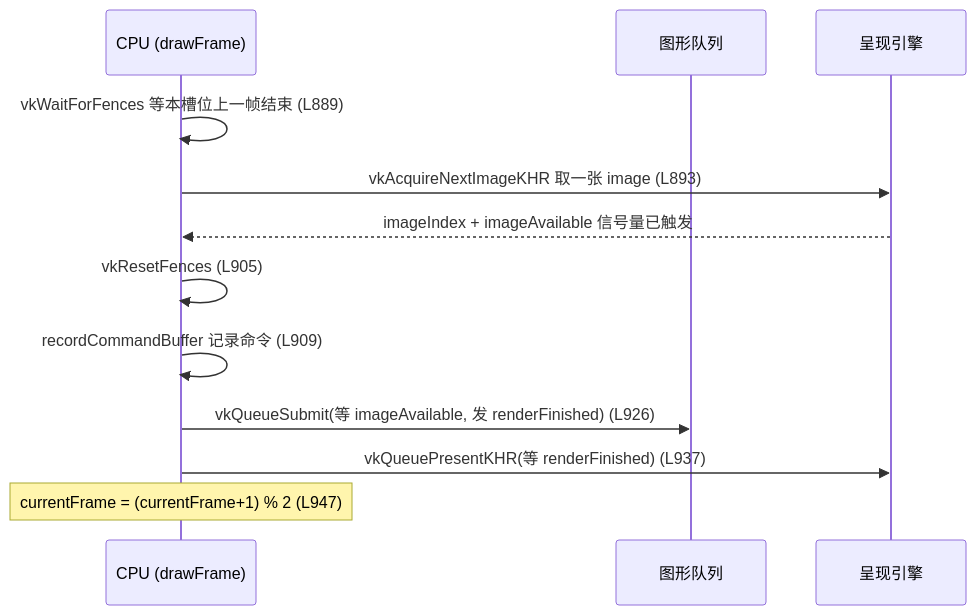
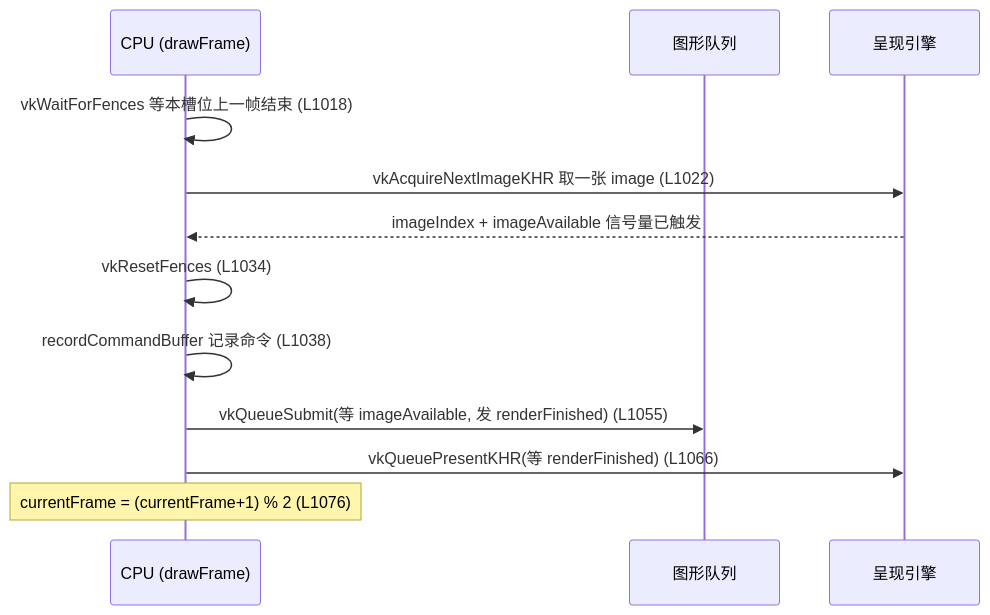
Before and after one commit to LanQiDongLai/vulkan-test: the second of 2 diagrams in main.md, drawn with Mermaid. The commit also changed other lines of this file and 1 other file, not shown here.

````diff
--- a/main.md
+++ b/main.md
@@ -82,15 +90,15 @@
 ```mermaid
 sequenceDiagram
     participant CPU as CPU (drawFrame)
     participant Q as 图形队列
     participant P as 呈现引擎
 
-    CPU->>CPU: vkWaitForFences 等本槽位上一帧结束 (L889)
-    CPU->>P: vkAcquireNextImageKHR 取一张 image (L893)
+    CPU->>CPU: vkWaitForFences 等本槽位上一帧结束 (L1018)
+    CPU->>P: vkAcquireNextImageKHR 取一张 image (L1022)
     P-->>CPU: imageIndex + imageAvailable 信号量已触发
-    CPU->>CPU: vkResetFences (L905)
-    CPU->>CPU: recordCommandBuffer 记录命令 (L909)
-    CPU->>Q: vkQueueSubmit(等 imageAvailable, 发 renderFinished) (L926)
-    CPU->>P: vkQueuePresentKHR(等 renderFinished) (L937)
-    Note over CPU: currentFrame = (currentFrame+1) % 2 (L947)
+    CPU->>CPU: vkResetFences (L1034)
+    CPU->>CPU: recordCommandBuffer 记录命令 (L1038)
+    CPU->>Q: vkQueueSubmit(等 imageAvailable, 发 renderFinished) (L1055)
+    CPU->>P: vkQueuePresentKHR(等 renderFinished) (L1066)
+    Note over CPU: currentFrame = (currentFrame+1) % 2 (L1076)
 ```
````
